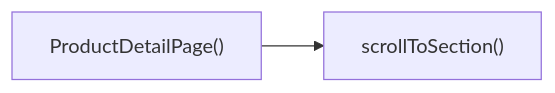
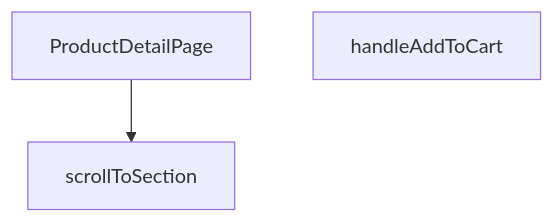
One commit to peckop/venthub-hvac-esite changed the diagram in src/views/ProductDetailPage.md. Above: the diagram before and after it, drawn with Mermaid. The commit also changed other lines of this file and 488 other files, not shown here.

````diff
--- a/src/views/ProductDetailPage.md
+++ b/src/views/ProductDetailPage.md
@@ -223,4 +186,7 @@
 ```mermaid
-graph LR
-    ProductDetailPage["ProductDetailPage()"] --> scrollToSection["scrollToSection()"]
+graph TD
+    ProductDetailPage_tsx__ProductDetailPage["ProductDetailPage"]
+    ProductDetailPage_tsx__handleAddToCart["handleAddToCart"]
+    ProductDetailPage_tsx__scrollToSection["scrollToSection"]
+    ProductDetailPage_tsx__ProductDetailPage --> ProductDetailPage_tsx__scrollToSection
 ```
````
